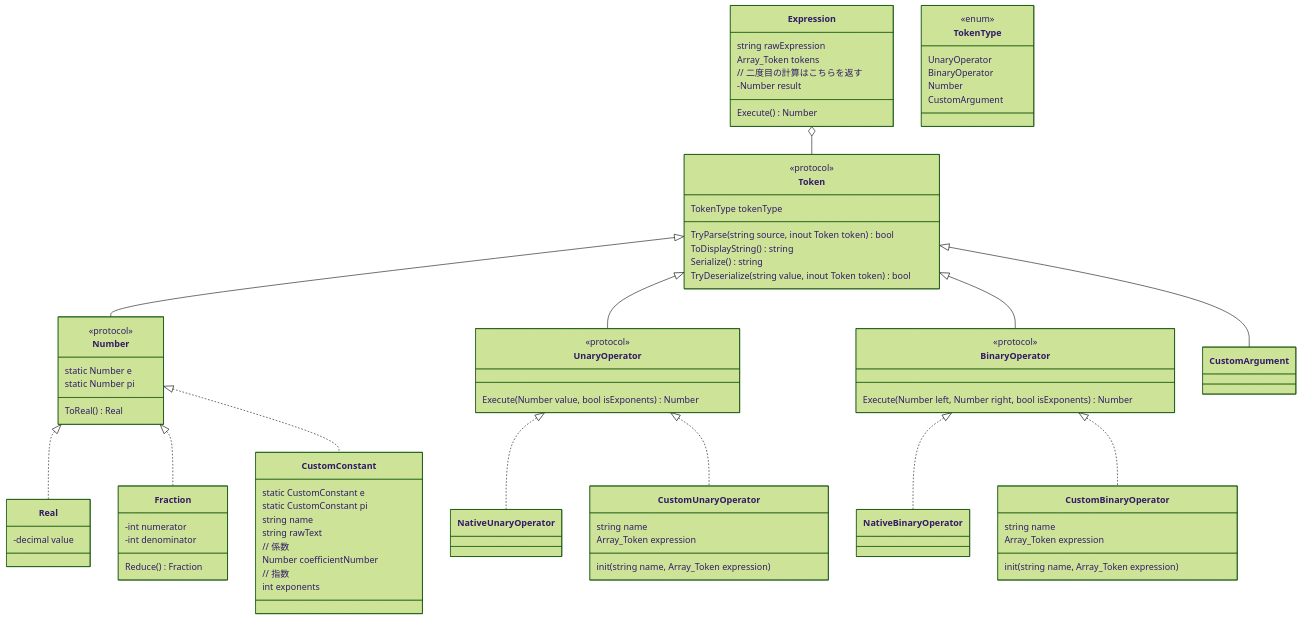
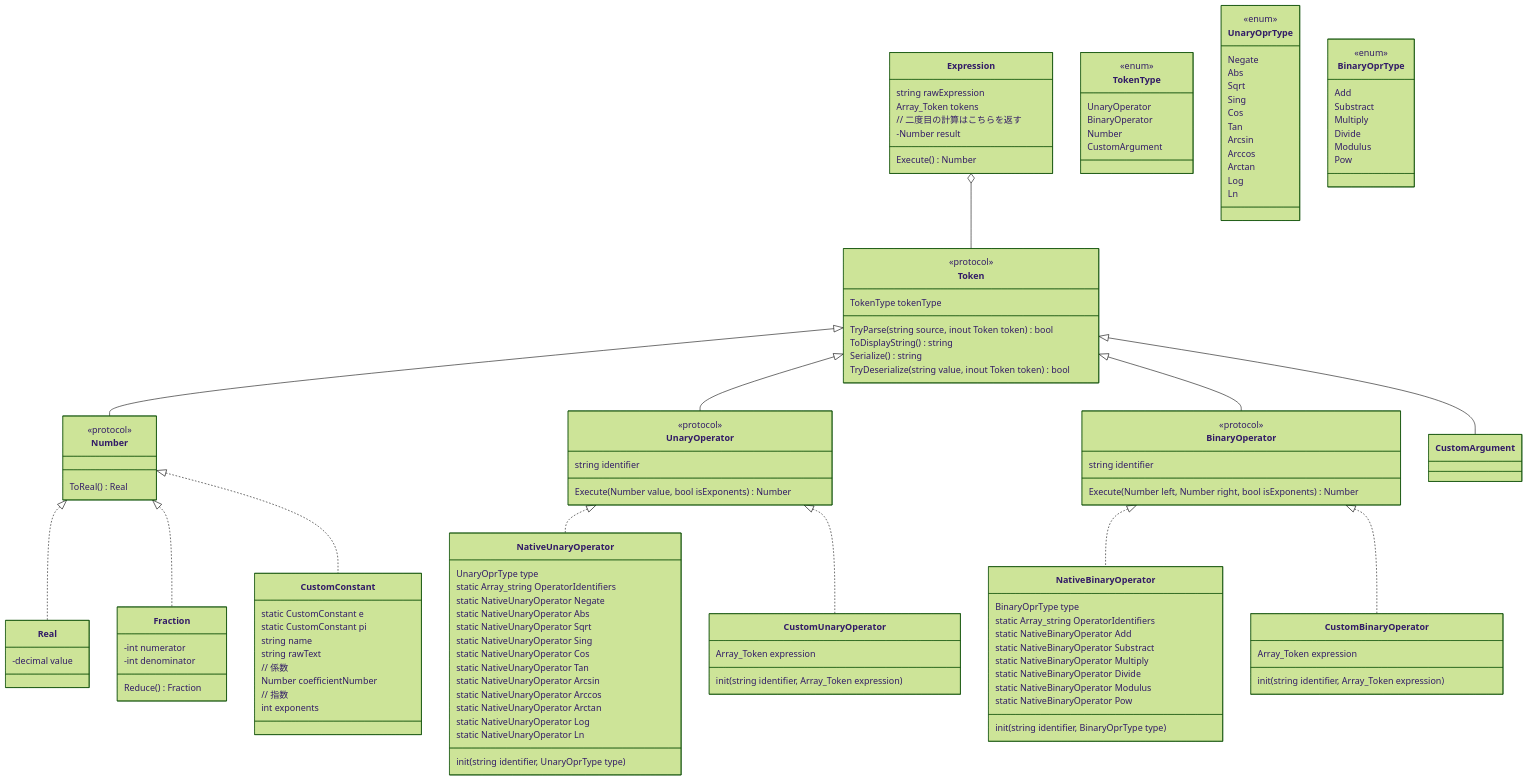
The second of 2 diagrams in graph/class.md (kc3hack/2023_C), drawn with Mermaid (forest theme) before and after one commit. The commit also changed other lines of this file, not shown here.

Commit message:
ちょっと修正

````diff
--- a/graph/class.md
+++ b/graph/class.md
@@ -82,8 +81,6 @@
 }
 class Number {
     <<protocol>>
-    static Number e
-    static Number pi
     ToReal() Real
 }
 class Real {
@@ -108,21 +105,48 @@
 
 class UnaryOperator {
     <<protocol>>
+    string identifier
     Execute(Number value, bool isExponents) Number
 }
 class BinaryOperator {
     <<protocol>>
+    string identifier
     Execute(Number left, Number right, bool isExponents) Number
 }
+class NativeUnaryOperator {
+    UnaryOprType type
+    static Array_string OperatorIdentifiers
+    static NativeUnaryOperator Negate
+    static NativeUnaryOperator Abs
+    static NativeUnaryOperator Sqrt
+    static NativeUnaryOperator Sing
+    static NativeUnaryOperator Cos
+    static NativeUnaryOperator Tan
+    static NativeUnaryOperator Arcsin
+    static NativeUnaryOperator Arccos
+    static NativeUnaryOperator Arctan
+    static NativeUnaryOperator Log
+    static NativeUnaryOperator Ln
+    init(string identifier, UnaryOprType type)
+}
 class CustomUnaryOperator {
-    string name
     Array_Token expression
-    init(string name, Array_Token expression)
+    init(string identifier, Array_Token expression)
+}
+class NativeBinaryOperator {
+    BinaryOprType type
+    static Array_string OperatorIdentifiers
+    static NativeBinaryOperator Add
+    static NativeBinaryOperator Substract
+    static NativeBinaryOperator Multiply
+    static NativeBinaryOperator Divide
+    static NativeBinaryOperator Modulus
+    static NativeBinaryOperator Pow
+    init(string identifier, BinaryOprType type)
 }
 class CustomBinaryOperator {
-    string name
     Array_Token expression
-    init(string name, Array_Token expression)
+    init(string identifier, Array_Token expression)
 }
 
 class TokenType {
@@ -132,4 +156,29 @@
     Number
     CustomArgument
 }
+
+class UnaryOprType {
+    <<enum>>
+    Negate
+    Abs
+    Sqrt
+    Sing
+    Cos
+    Tan
+    Arcsin
+    Arccos
+    Arctan
+    Log
+    Ln
+}
+
+class BinaryOprType {
+    <<enum>>
+    Add
+    Substract
+    Multiply
+    Divide
+    Modulus
+    Pow
+}
 ```
````
